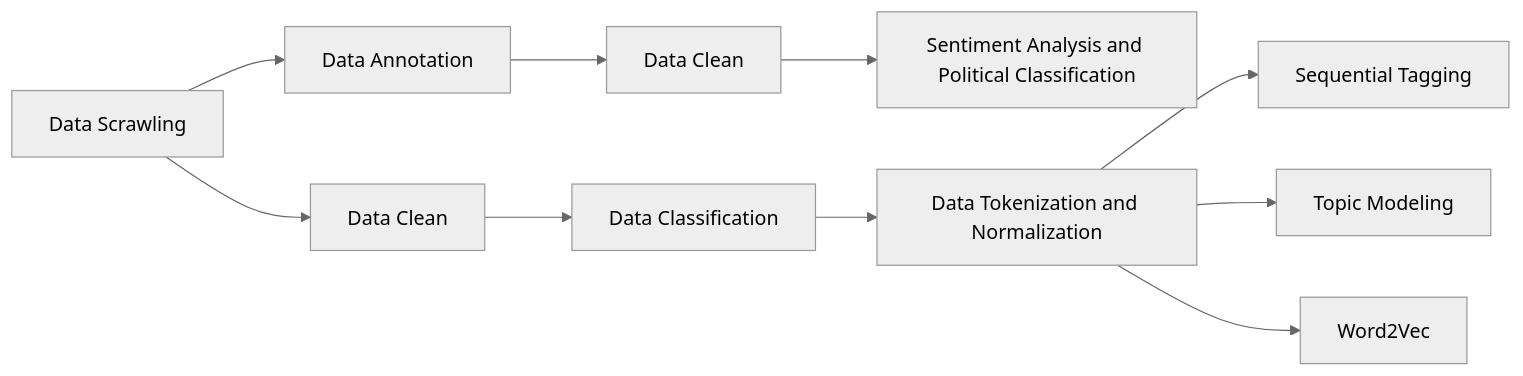
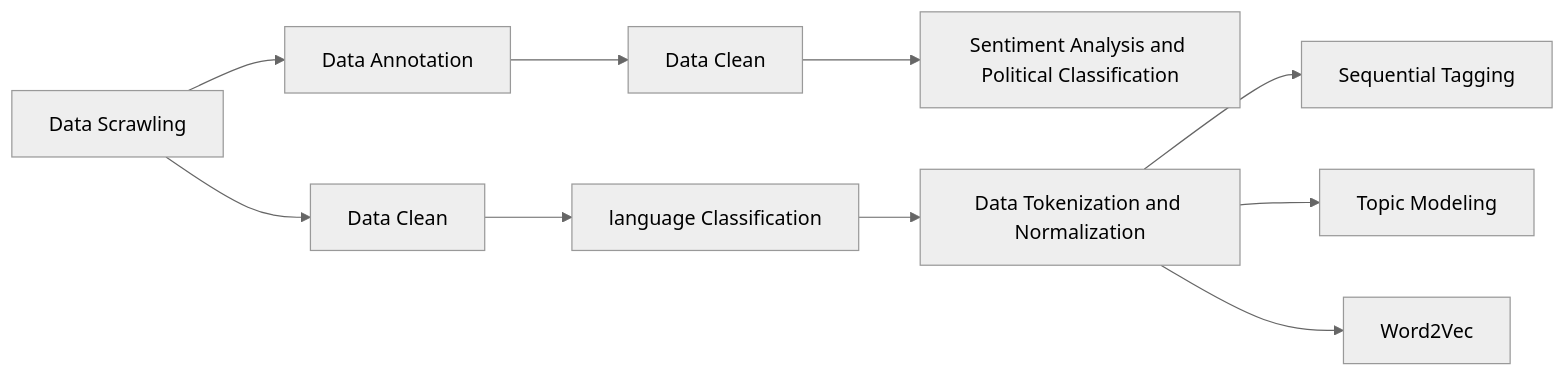
One commit to ronineume/X-NLP-Project changed the diagram in README.md. Above: the diagram before and after it, drawn with Mermaid (neutral theme).

````diff
--- a/README.md
+++ b/README.md
@@ -7,7 +7,7 @@
 ```mermaid
  graph LR
 A[Data Scrawling]--> B[Data Annotation] --> C[Data Clean] --> D[Sentiment Analysis and Political Classification]
-A[Data Scrawling]--> E[Data Clean]-->F[Data Classification]-->G[Data Tokenization and Normalization]-->H[Sequential Tagging]
+A[Data Scrawling]--> E[Data Clean]-->F[language Classification]-->G[Data Tokenization and Normalization]-->H[Sequential Tagging]
 G[Data Tokenization and Normalization]-->I[Topic Modeling]
 G[Data Tokenization and Normalization]-->J[Word2Vec]
 ```
````
